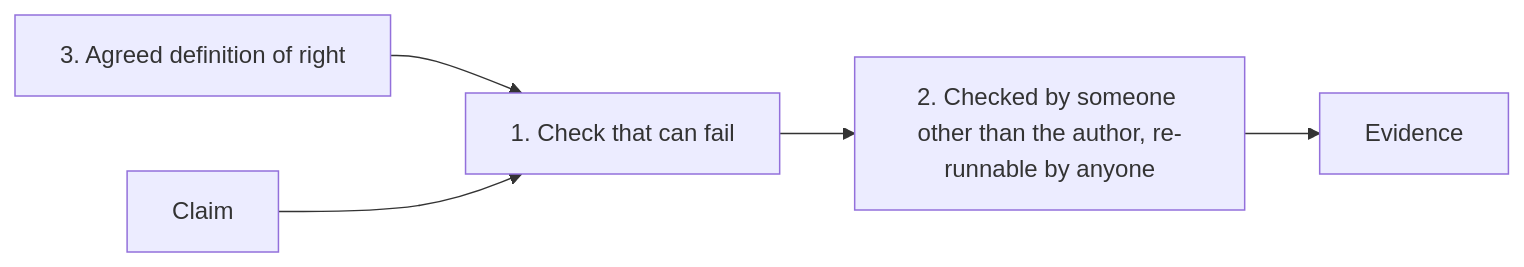
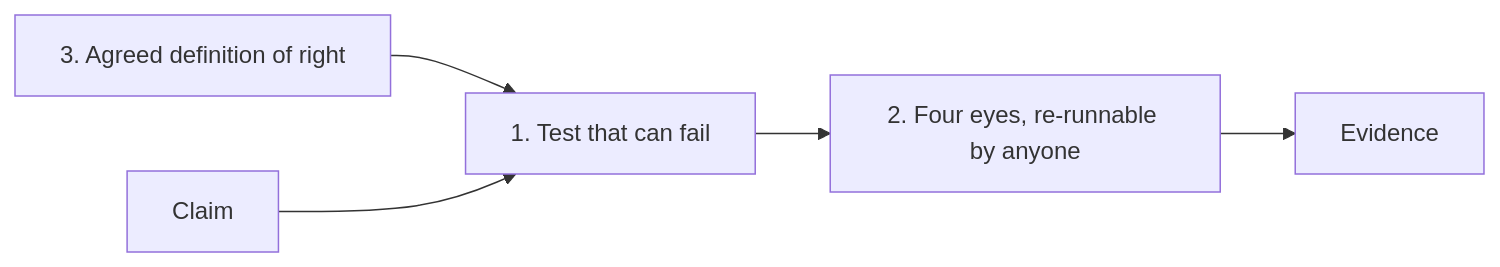
The first of 2 diagrams in content/blog/2026-11-20-code-got-cheap-trust-didnt.md (pulseengine/pulseengine.eu), drawn with Mermaid before and after one commit. The commit also changed other lines of this file, not shown here.

```diff
--- a/content/blog/2026-11-20-code-got-cheap-trust-didnt.md
+++ b/content/blog/2026-11-20-code-got-cheap-trust-didnt.md
@@ -89,7 +89,7 @@
 <pre class="mermaid">
 flowchart LR
     D["3. Agreed definition of right"] --> B
-    A["Claim"] --> B["1. Check that can fail"]
-    B --> C["2. Checked by someone other than the author, re-runnable by anyone"]
+    A["Claim"] --> B["1. Test that can fail"]
+    B --> C["2. Four eyes, re-runnable by anyone"]
     C --> E["Evidence"]
 </pre>
```
